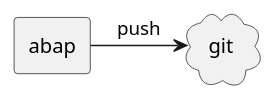
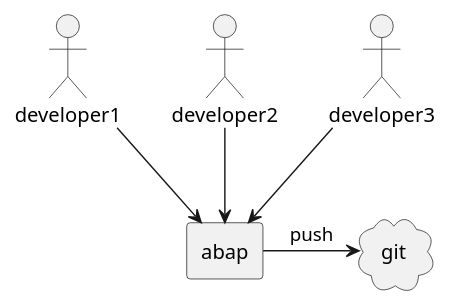
One commit to SAP/styleguides changed the first of 2 diagrams in src/scenarios.adoc. Above: the diagram before and after it, drawn with PlantUML. The commit also changed other lines of this file, not shown here.

```diff
--- a/src/scenarios.adoc
+++ b/src/scenarios.adoc
@@ -11,9 +14,15 @@
 [plantuml,one-way,svg,align="center"]
 ....
 @startuml
 skinparam monochrome true
+actor developer1
+actor developer2
+actor developer3
 cloud git
 rectangle abap
+developer1 -down-> abap
+developer2 -down-> abap
+developer3 -down-> abap
 abap -> git: push
 @enduml
 ....
```
